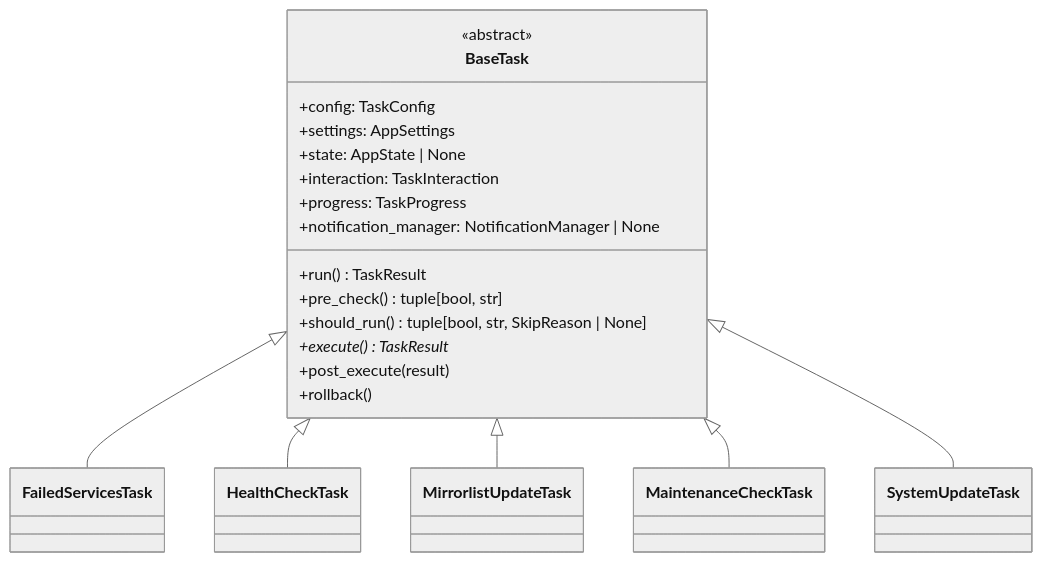
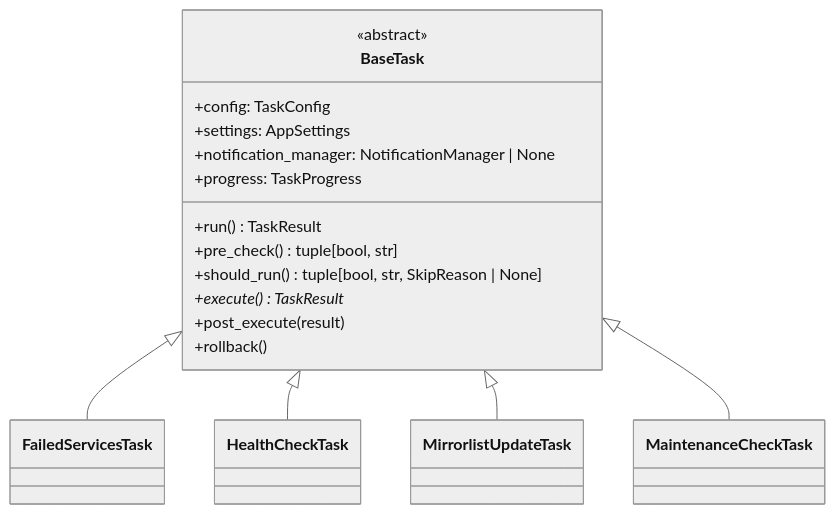
One commit to shayanmoosavi/archcare changed the first of 7 diagrams in docs/architecture/class-relationships.md. Above: the diagram before and after it, drawn with Mermaid (neutral theme). The commit also changed other lines of this file and 21 other files, not shown here.

Commit message:
Revert "Refactor/architecture refinement"

````diff
--- a/docs/architecture/class-relationships.md
+++ b/docs/architecture/class-relationships.md
@@ -25,30 +25,26 @@
 ```mermaid
 classDiagram
     class BaseTask {
         <<abstract>>
         +config: TaskConfig
         +settings: AppSettings
-        +state: AppState | None
-        +interaction: TaskInteraction
+        +notification_manager: NotificationManager | None
         +progress: TaskProgress
-        +notification_manager: NotificationManager | None
         +run() TaskResult
         +pre_check() tuple[bool, str]
         +should_run() tuple[bool, str, SkipReason | None]
         +execute()* TaskResult
         +post_execute(result)
         +rollback()
     }
 
     class FailedServicesTask
     class HealthCheckTask
     class MirrorlistUpdateTask
     class MaintenanceCheckTask
-    class SystemUpdateTask
 
     BaseTask <|-- FailedServicesTask
     BaseTask <|-- HealthCheckTask
     BaseTask <|-- MirrorlistUpdateTask
     BaseTask <|-- MaintenanceCheckTask
-    BaseTask <|-- SystemUpdateTask
 ```
````
